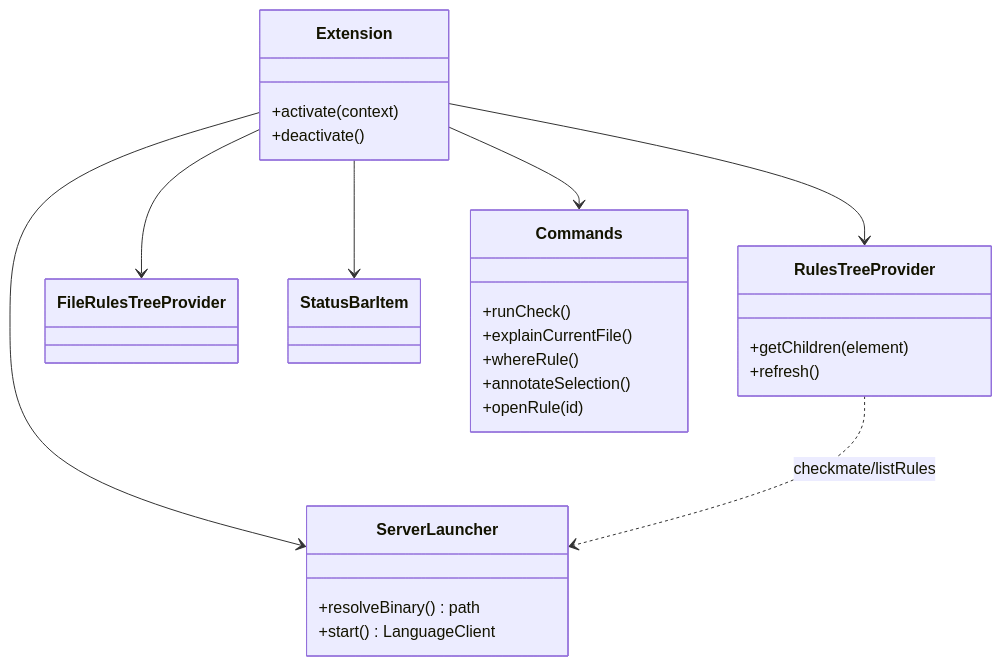
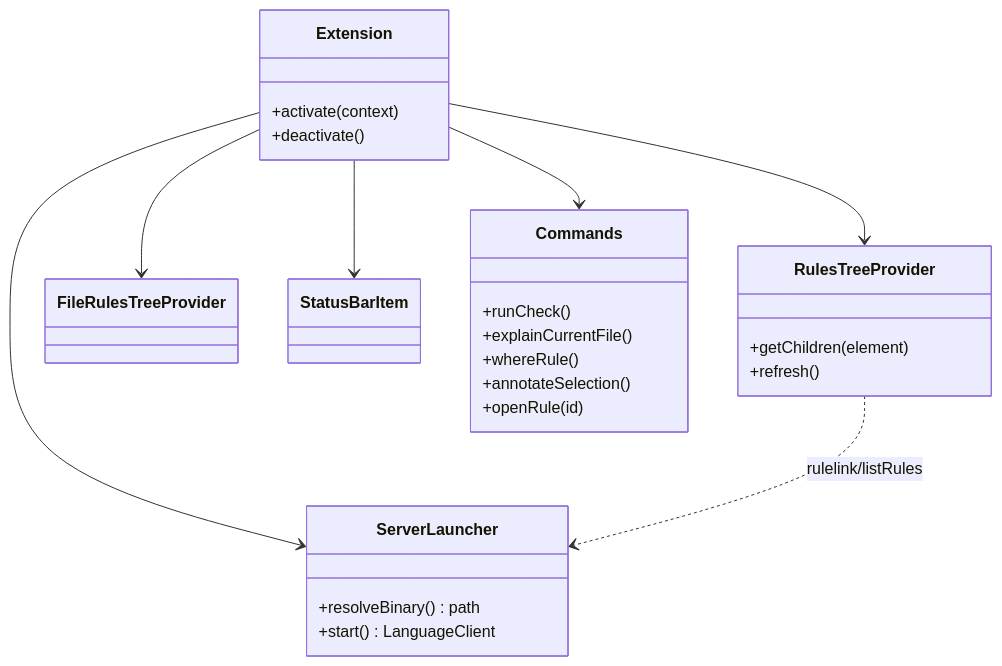
The third of 4 diagrams in docs/architecture/08-ide-integration.md (E-Jacques/Rulelink), drawn with Mermaid before and after one commit. The commit also changed other lines of this file and 126 other files, not shown here.

First line of the commit message:
chore: rename the project from Checkmate to Rulelink (#6)

````diff
--- a/docs/architecture/08-ide-integration.md
+++ b/docs/architecture/08-ide-integration.md
@@ -142,30 +142,30 @@
 ```mermaid
 classDiagram
     class Extension {
         +activate(context)
         +deactivate()
     }
     class ServerLauncher {
         +resolveBinary() path
         +start() LanguageClient
     }
     class RulesTreeProvider {
         +getChildren(element)
         +refresh()
     }
     class FileRulesTreeProvider
     class StatusBarItem
     class Commands {
         +runCheck()
         +explainCurrentFile()
         +whereRule()
         +annotateSelection()
         +openRule(id)
     }
     Extension --> ServerLauncher
     Extension --> RulesTreeProvider
     Extension --> FileRulesTreeProvider
     Extension --> StatusBarItem
     Extension --> Commands
-    RulesTreeProvider ..> ServerLauncher : checkmate/listRules
+    RulesTreeProvider ..> ServerLauncher : rulelink/listRules
 ```
````
